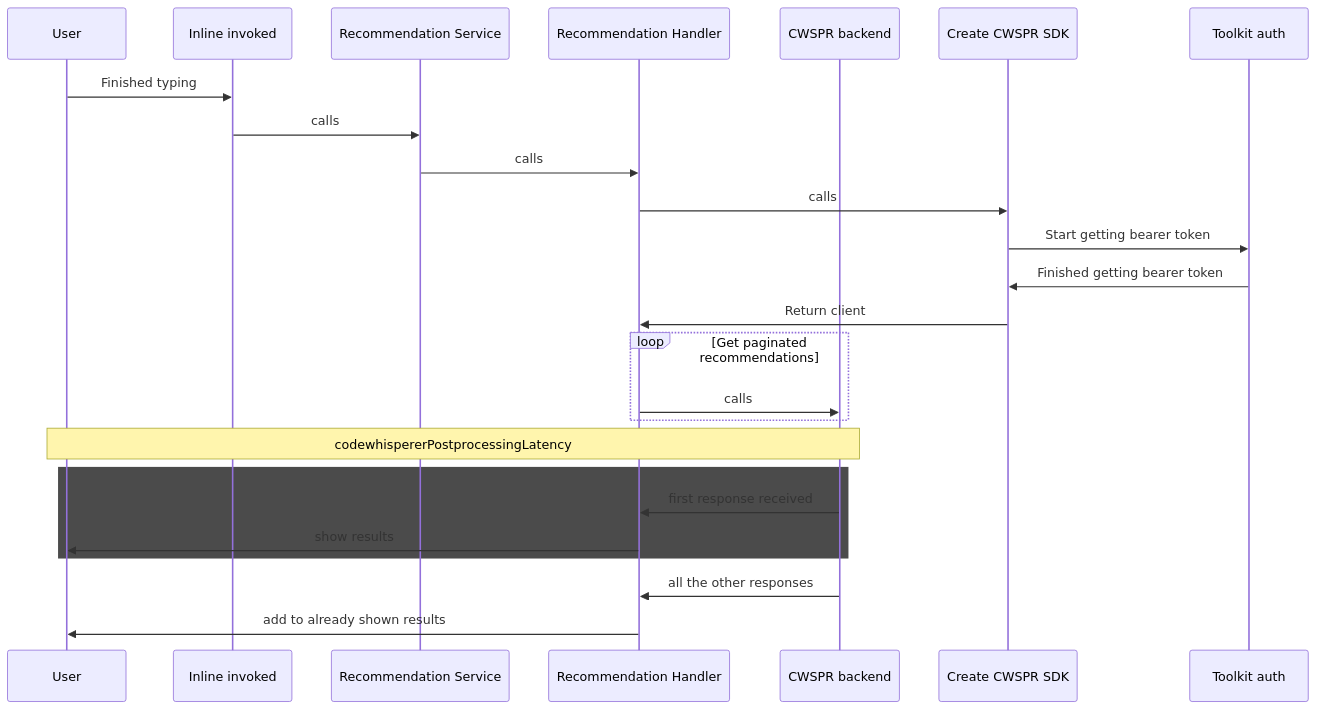
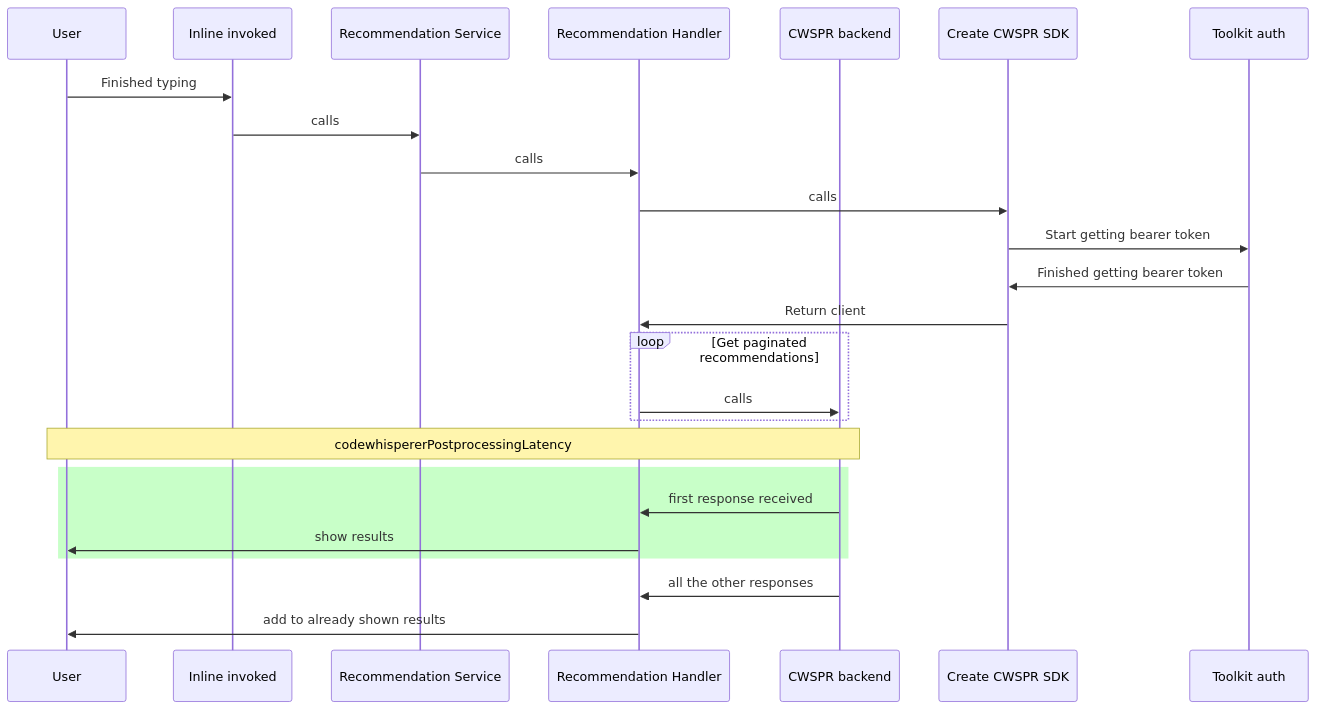
Before and after one commit to aws/aws-toolkit-vscode: the fourth of 7 diagrams in docs/telemetry-perf.md, drawn with Mermaid. The commit also changed other lines of this file, not shown here.

````diff
--- a/docs/telemetry-perf.md
+++ b/docs/telemetry-perf.md
@@ -120,33 +120,32 @@
 ```mermaid
     sequenceDiagram
         participant User
         participant invoke as Inline invoked
         participant rService as Recommendation Service
         participant rHandler as Recommendation Handler
         participant backend as CWSPR backend
         participant sdk as Create CWSPR SDK
         participant token as Toolkit auth
 
 
         User->>invoke: Finished typing
         invoke->>rService: calls
         rService->>rHandler: calls
         rHandler->>sdk: calls
 
         sdk->>token: Start getting bearer token
         token->>sdk: Finished getting bearer token
 
         sdk->>rHandler: Return client
         loop Get paginated recommendations
             rHandler->>backend: calls
         end
         note over User, backend: codewhispererPostprocessingLatency
-        rect rgb(75, 75, 75)
+        rect rgb(200, 255, 200)
             backend->>rHandler: first response received
             rHandler->>User: show results
-
         end
 
         backend->>rHandler: all the other responses
         rHandler->>User: add to already shown results
 ```
````
